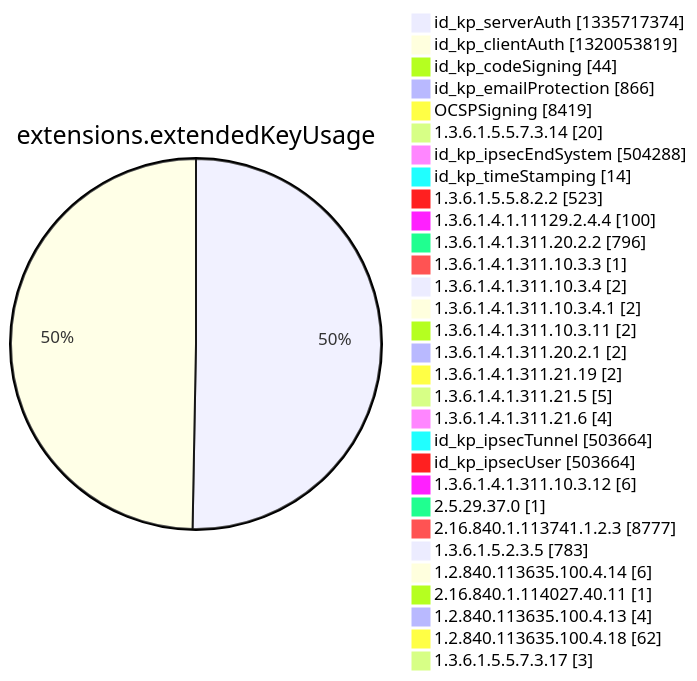
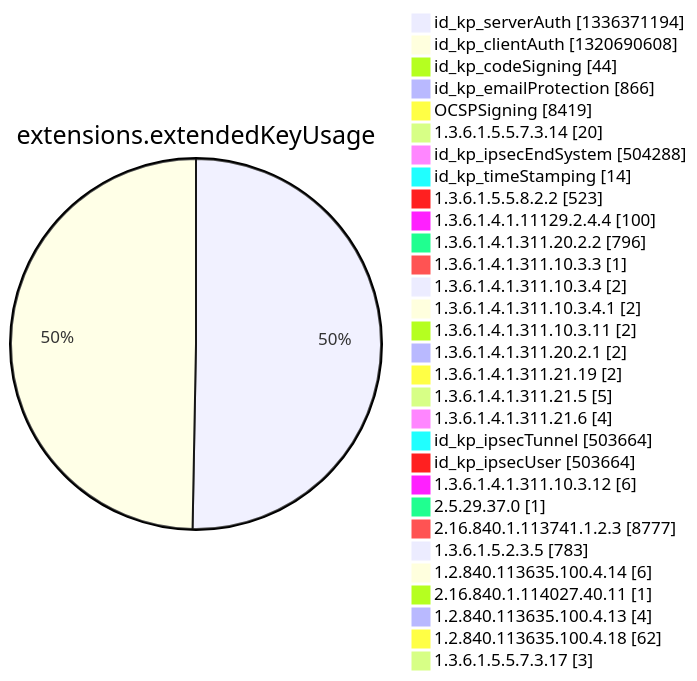
Before and after one commit to christiankrug/ctmonitor_visualization: diagram 12 of 15 in argon2022/README.md, drawn with Mermaid. The commit also changed other lines of this file, not shown here.

````diff
--- a/argon2022/README.md
+++ b/argon2022/README.md
@@ -3553,34 +3553,34 @@
 ```mermaid
 pie showData
 title extensions.extendedKeyUsage
-"id_kp_serverAuth" :1335717374
-"id_kp_clientAuth" :1320053819
+"id_kp_serverAuth" :1336371194
+"id_kp_clientAuth" :1320690608
 "id_kp_codeSigning" :44
 "id_kp_emailProtection" :866
 "OCSPSigning" :8419
 "1.3.6.1.5.5.7.3.14" :20
 "id_kp_ipsecEndSystem" :504288
 "id_kp_timeStamping" :14
 "1.3.6.1.5.5.8.2.2" :523
 "1.3.6.1.4.1.11129.2.4.4" :100
 "1.3.6.1.4.1.311.20.2.2" :796
 "1.3.6.1.4.1.311.10.3.3" :1
 "1.3.6.1.4.1.311.10.3.4" :2
 "1.3.6.1.4.1.311.10.3.4.1" :2
 "1.3.6.1.4.1.311.10.3.11" :2
 "1.3.6.1.4.1.311.20.2.1" :2
 "1.3.6.1.4.1.311.21.19" :2
 "1.3.6.1.4.1.311.21.5" :5
 "1.3.6.1.4.1.311.21.6" :4
 "id_kp_ipsecTunnel" :503664
 "id_kp_ipsecUser" :503664
 "1.3.6.1.4.1.311.10.3.12" :6
 "2.5.29.37.0" :1
 "2.16.840.1.113741.1.2.3" :8777
 "1.3.6.1.5.2.3.5" :783
 "1.2.840.113635.100.4.14" :6
 "2.16.840.1.114027.40.11" :1
 "1.2.840.113635.100.4.13" :4
 "1.2.840.113635.100.4.18" :62
 "1.3.6.1.5.5.7.3.17" :3
 ```
````
